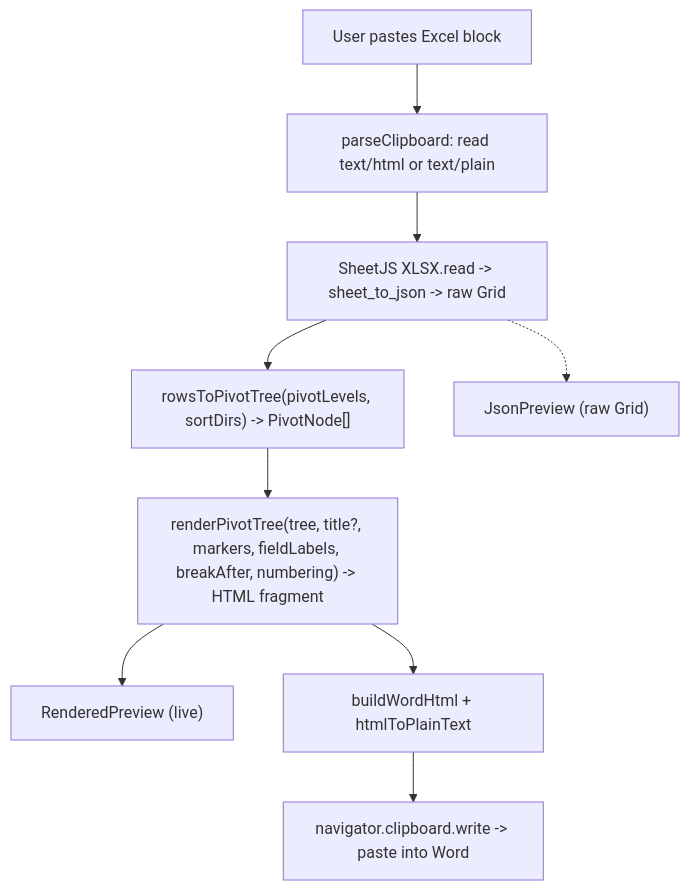
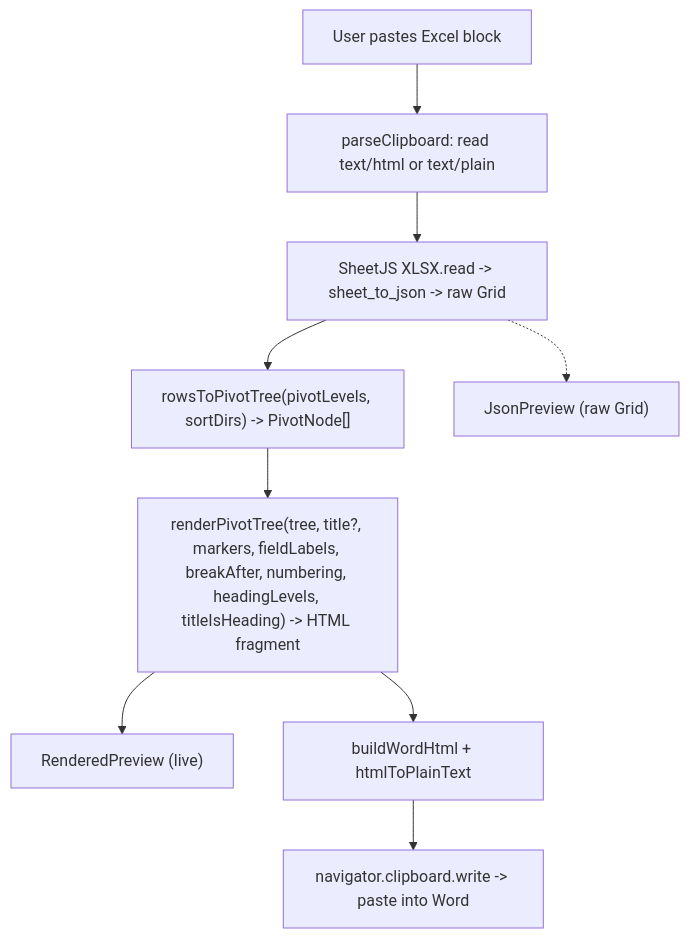
One commit to maybiiLen/Excel-Parser- changed the diagram in docs/ARCHITECTURE.md. Above: the diagram before and after it, drawn with Mermaid. The commit also changed other lines of this file and 10 other files, not shown here.

````diff
--- a/docs/ARCHITECTURE.md
+++ b/docs/ARCHITECTURE.md
@@ -66,15 +66,15 @@
 ```mermaid
 flowchart TD
     A["User pastes Excel block"]
     B["parseClipboard: read text/html or text/plain"]
     C["SheetJS XLSX.read -> sheet_to_json -> raw Grid"]
     PV["rowsToPivotTree(pivotLevels, sortDirs) -> PivotNode[]"]
-    RP["renderPivotTree(tree, title?, markers, fieldLabels, breakAfter, numbering) -> HTML fragment"]
+    RP["renderPivotTree(tree, title?, markers, fieldLabels, breakAfter, numbering, headingLevels, titleIsHeading) -> HTML fragment"]
     P["RenderedPreview (live)"]
     J["JsonPreview (raw Grid)"]
     W["buildWordHtml + htmlToPlainText"]
     X["navigator.clipboard.write -> paste into Word"]
     A --> B --> C --> PV --> RP --> P
     C -.-> J
     RP --> W --> X
 ```
````
